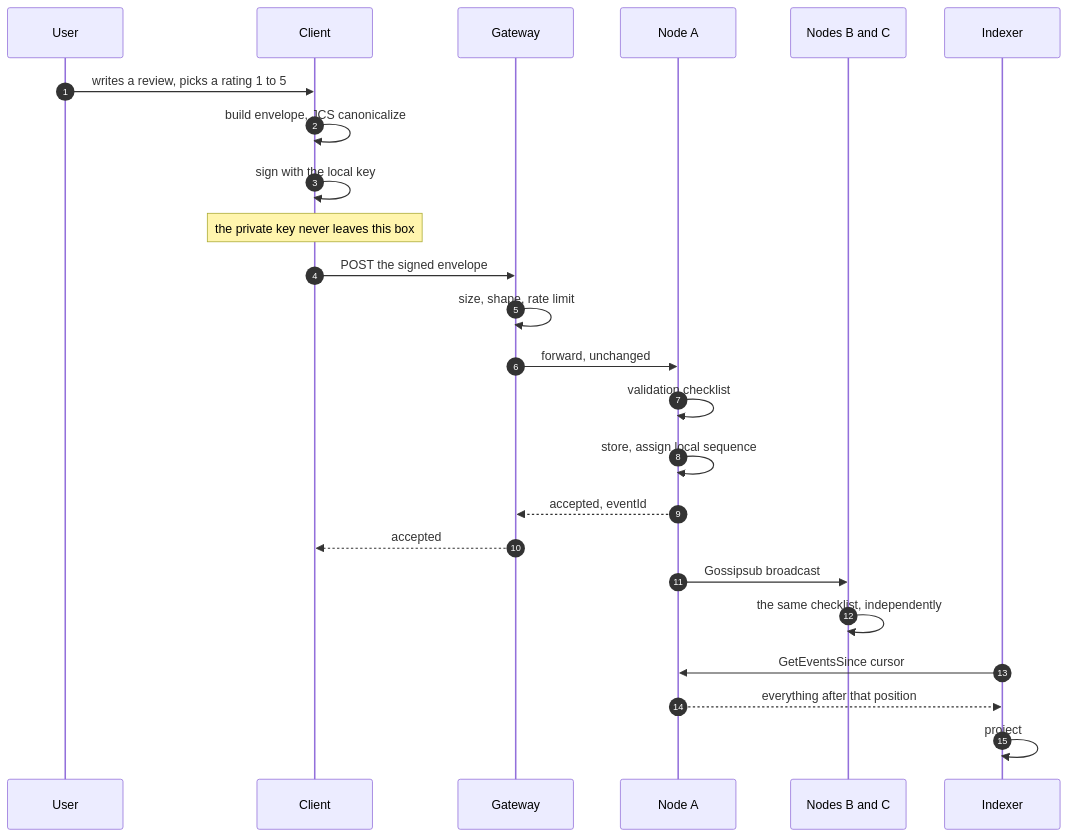
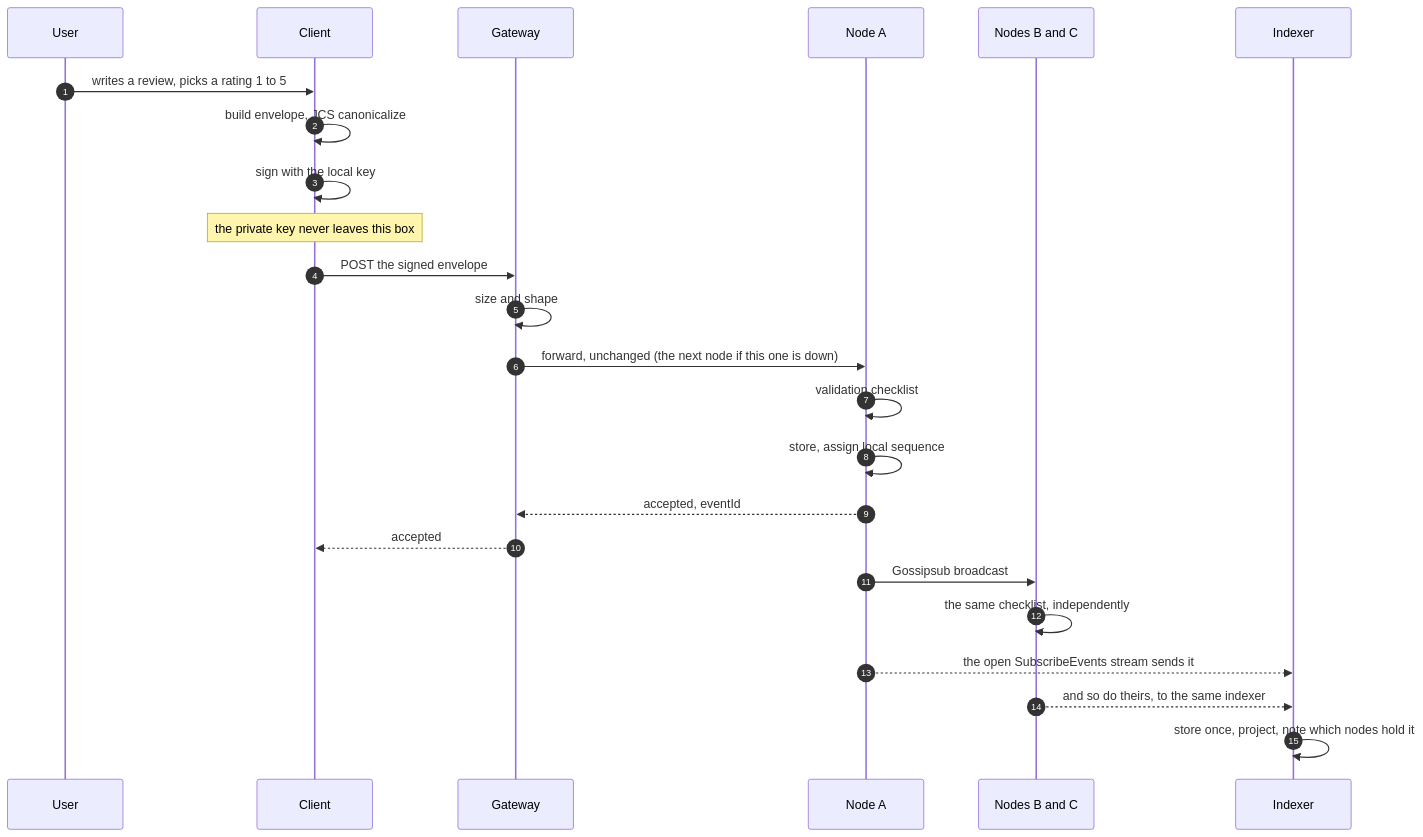
The second of 18 diagrams in docs/diagrams/diagrams.md (davishieh0/EcoaNetwork), drawn with Mermaid before and after one commit. The commit also changed other lines of this file, not shown here.

Commit message:
Document the diagrams as built

````diff
--- a/docs/diagrams/diagrams.md
+++ b/docs/diagrams/diagrams.md
@@ -40,27 +43,27 @@
 ```mermaid
 sequenceDiagram
     autonumber
     participant U as User
     participant C as Client
     participant G as Gateway
     participant N as Node A
     participant P as Nodes B and C
     participant I as Indexer
 
     U->>C: writes a review, picks a rating 1 to 5
     C->>C: build envelope, JCS canonicalize
     C->>C: sign with the local key
     Note over C: the private key never leaves this box
     C->>G: POST the signed envelope
-    G->>G: size, shape, rate limit
-    G->>N: forward, unchanged
+    G->>G: size and shape
+    G->>N: forward, unchanged (the next node if this one is down)
     N->>N: validation checklist
     N->>N: store, assign local sequence
     N-->>G: accepted, eventId
     G-->>C: accepted
     N->>P: Gossipsub broadcast
     P->>P: the same checklist, independently
-    I->>N: GetEventsSince cursor
-    N-->>I: everything after that position
-    I->>I: project
+    N-->>I: the open SubscribeEvents stream sends it
+    P-->>I: and so do theirs, to the same indexer
+    I->>I: store once, project, note which nodes hold it
 ```
````
